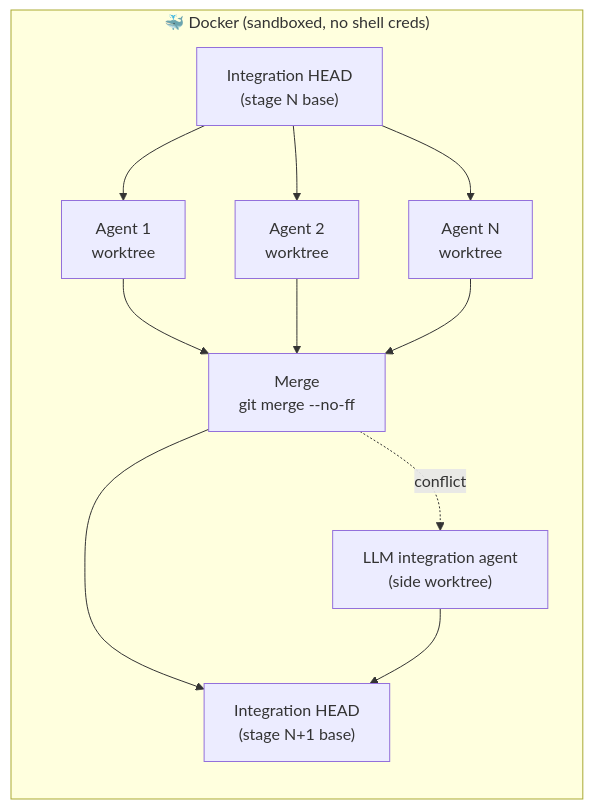
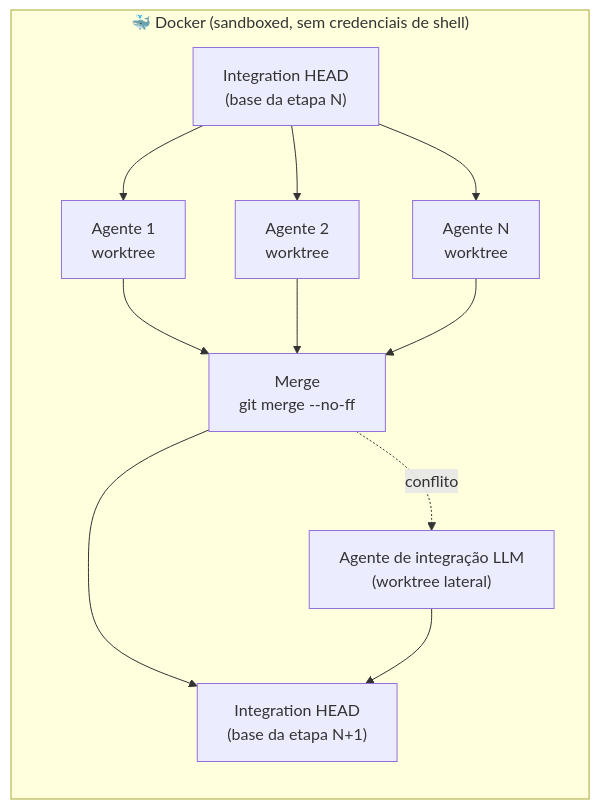
Before and after one commit to frederico-kluser/huu: the first of 3 diagrams in README.md, drawn with Mermaid. The commit also changed other lines of this file and 17 other files, not shown here.

````diff
--- a/README.md
+++ b/README.md
@@ -56,16 +56,16 @@
 ```mermaid
 flowchart LR
-    subgraph Docker["🐳 Docker (sandboxed, no shell creds)"]
+    subgraph Docker["🐳 Docker (sandboxed, sem credenciais de shell)"]
         direction TB
-        H["Integration HEAD<br/>(stage N base)"]
-        H --> F1["Agent 1<br/>worktree"]
-        H --> F2["Agent 2<br/>worktree"]
-        H --> F3["Agent N<br/>worktree"]
+        H["Integration HEAD<br/>(base da etapa N)"]
+        H --> F1["Agente 1<br/>worktree"]
+        H --> F2["Agente 2<br/>worktree"]
+        H --> F3["Agente N<br/>worktree"]
         F1 --> M["Merge<br/>git merge --no-ff"]
         F2 --> M
         F3 --> M
-        M --> H2["Integration HEAD<br/>(stage N+1 base)"]
-        M -. conflict .-> R["LLM integration agent<br/>(side worktree)"]
+        M --> H2["Integration HEAD<br/>(base da etapa N+1)"]
+        M -. conflito .-> R["Agente de integração LLM<br/>(worktree lateral)"]
         R --> H2
     end
 ```
````
